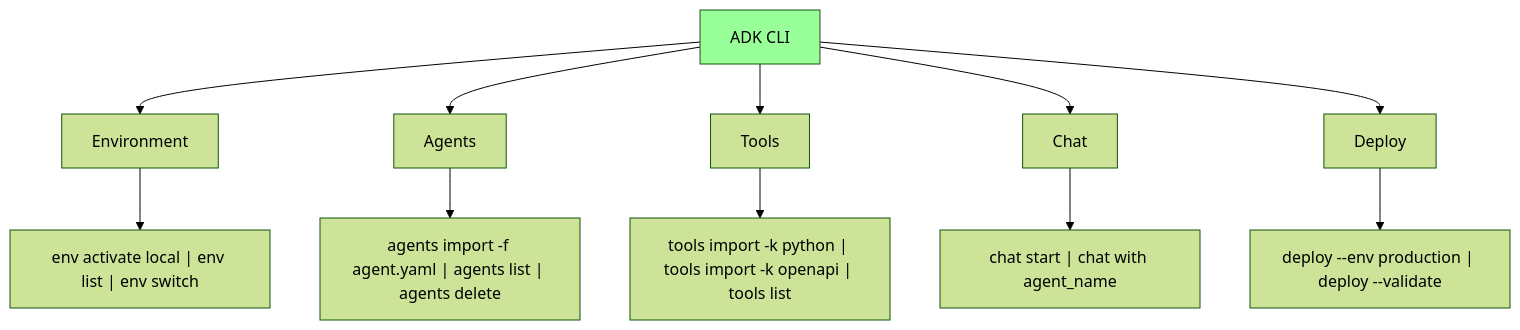
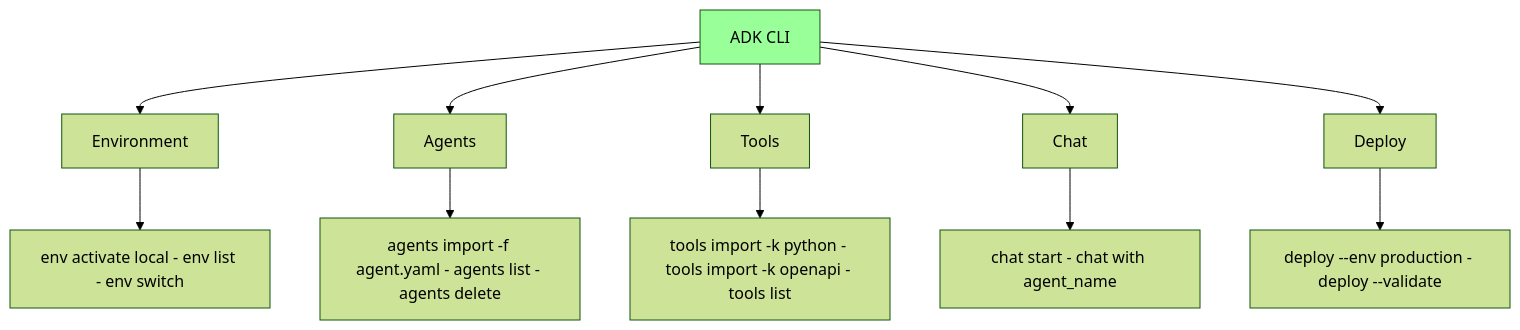
Diagram 14 of 42 in gen-ai/ibm-watsonx-orchestrate-interview-guide.md (girijesh-ai/ai-interview-codex), drawn with Mermaid (forest theme) before and after one commit. The commit also changed other lines of this file, not shown here.

Commit message:
Fix comparison matrix table and simplify Supervisor pattern diagram

````diff
--- a/gen-ai/ibm-watsonx-orchestrate-interview-guide.md
+++ b/gen-ai/ibm-watsonx-orchestrate-interview-guide.md
@@ -661,20 +661,20 @@
 ```mermaid
 graph TB
     A[ADK CLI] --> B[Environment]
     A --> C[Agents]
     A --> D[Tools]
     A --> E[Chat]
     A --> F[Deploy]
 
-    B --> B1["env activate local | env list | env switch"]
+    B --> B1["env activate local - env list - env switch"]
 
-    C --> C1["agents import -f agent.yaml | agents list | agents delete"]
+    C --> C1["agents import -f agent.yaml - agents list - agents delete"]
 
-    D --> D1["tools import -k python | tools import -k openapi | tools list"]
+    D --> D1["tools import -k python - tools import -k openapi - tools list"]
 
-    E --> E1["chat start | chat with agent_name"]
+    E --> E1["chat start - chat with agent_name"]
 
-    F --> F1["deploy --env production | deploy --validate"]
+    F --> F1["deploy --env production - deploy --validate"]
 
     style A fill:#99ff99
 ```
````
